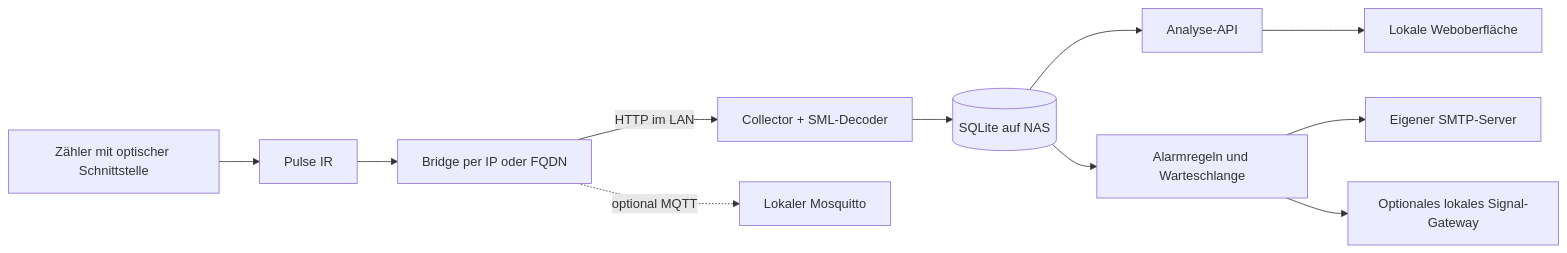
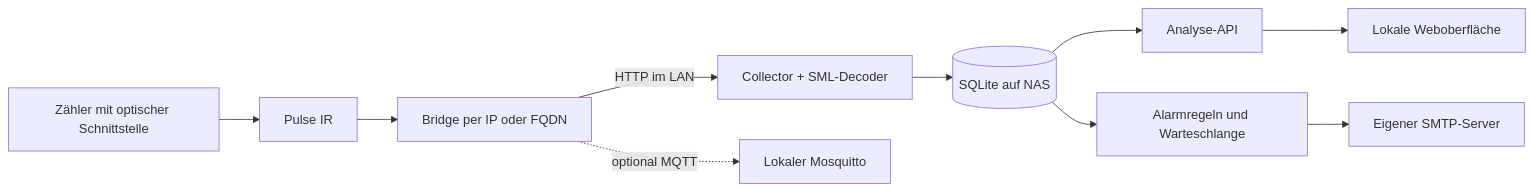
The diagram in docs/DATENMODELL.md (aemjay/Kilowatch), drawn with Mermaid before and after one commit. The commit also changed other lines of this file and 34 other files, not shown here.

````diff
--- a/docs/DATENMODELL.md
+++ b/docs/DATENMODELL.md
@@ -5,13 +5,12 @@
 ```mermaid
 flowchart LR
     Z[Zähler mit optischer Schnittstelle] --> P[Pulse IR]
     P --> B[Bridge per IP oder FQDN]
     B -->|HTTP im LAN| C[Collector + SML-Decoder]
     C --> D[(SQLite auf NAS)]
     D --> A[Analyse-API]
     A --> W[Lokale Weboberfläche]
     B -. optional MQTT .-> M[Lokaler Mosquitto]
     D --> N[Alarmregeln und Warteschlange]
     N --> E[Eigener SMTP-Server]
-    N --> S[Optionales lokales Signal-Gateway]
 ```
````
